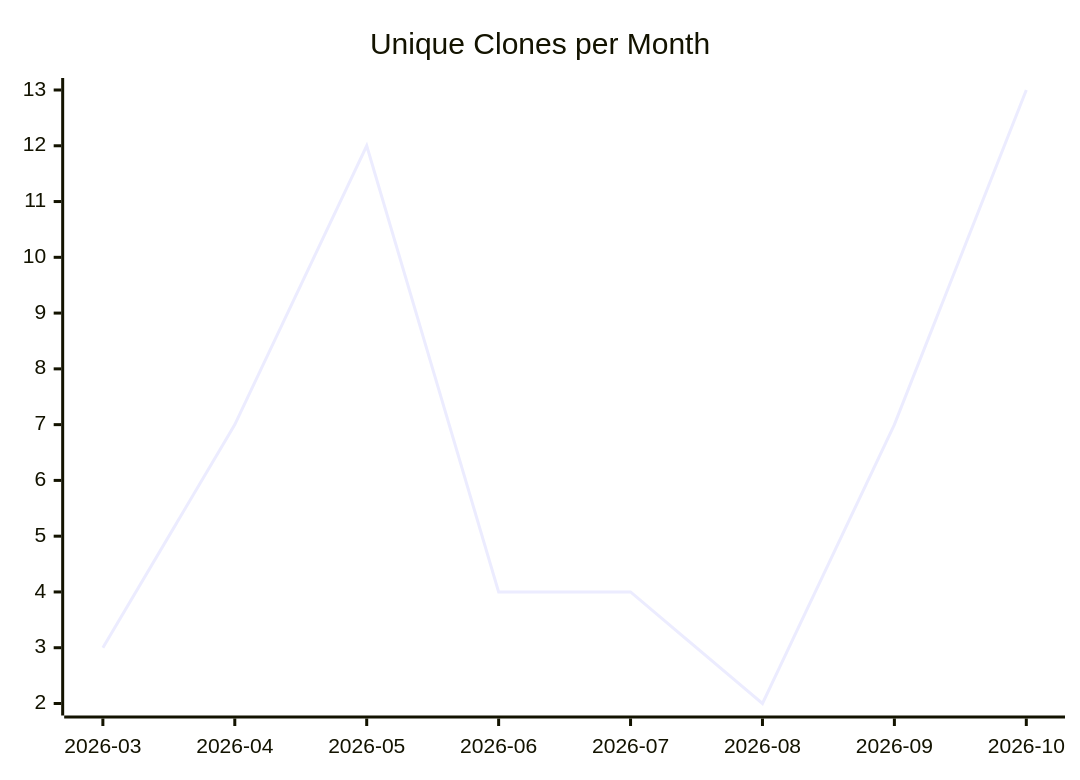
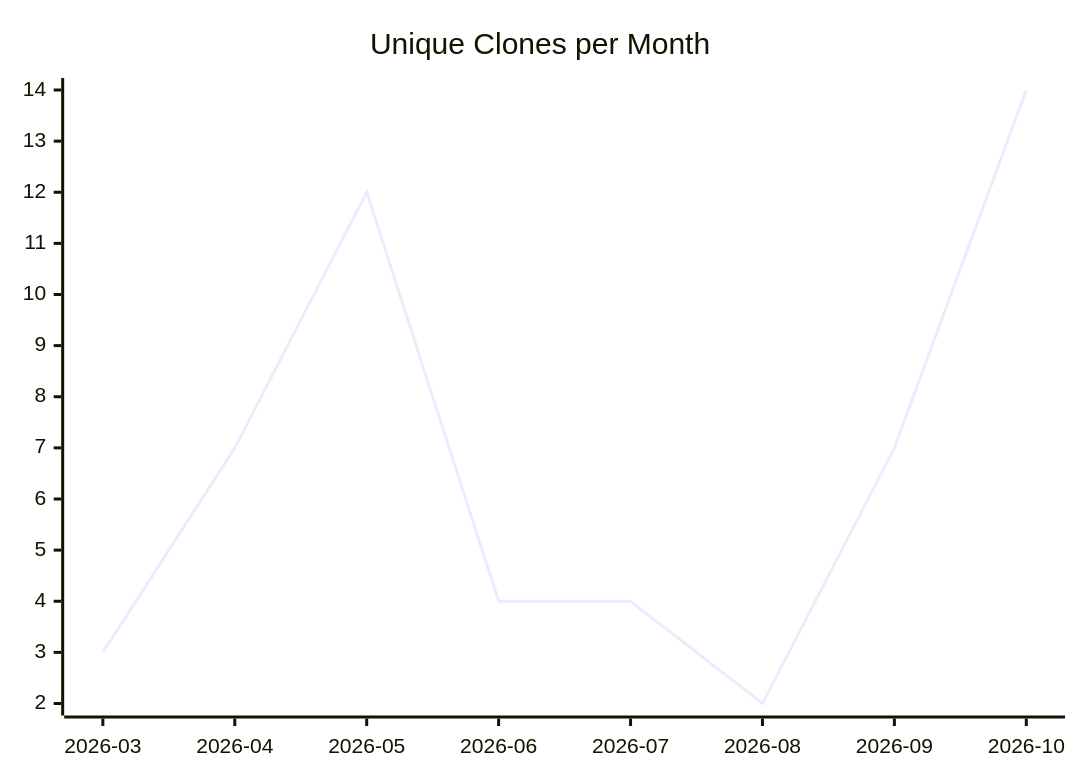
The third of 3 diagrams in karlmdavis/perfect-note/README.md (justdavis-family/github-analytics-data), drawn with Mermaid before and after one commit. The commit also changed other lines of this file and 199 other files, not shown here.

````diff
--- a/karlmdavis/perfect-note/README.md
+++ b/karlmdavis/perfect-note/README.md
@@ -19,6 +19,6 @@
 ```mermaid
 xychart-beta
   title "Unique Clones per Month"
   x-axis ["2026-03", "2026-04", "2026-05", "2026-06", "2026-07", "2026-08", "2026-09", "2026-10"]
-  line [3, 7, 12, 4, 4, 2, 7, 13]
+  line [3, 7, 12, 4, 4, 2, 7, 14]
 ```
````
